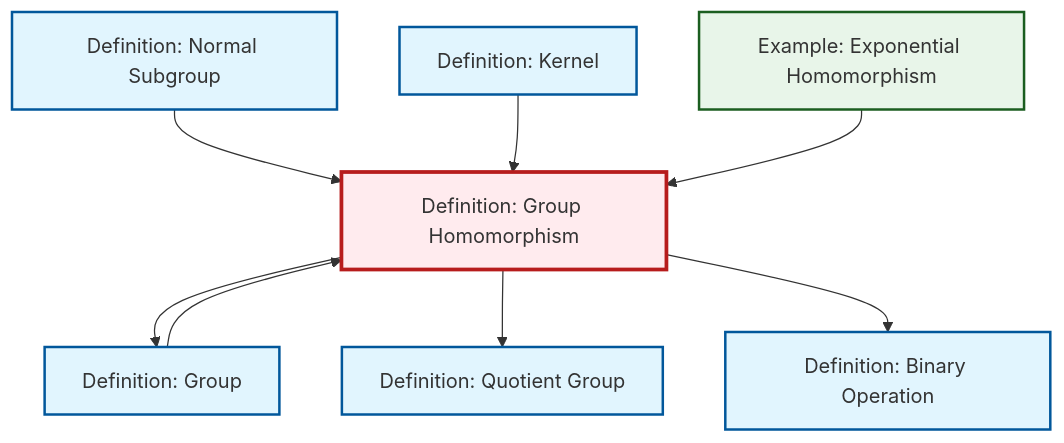
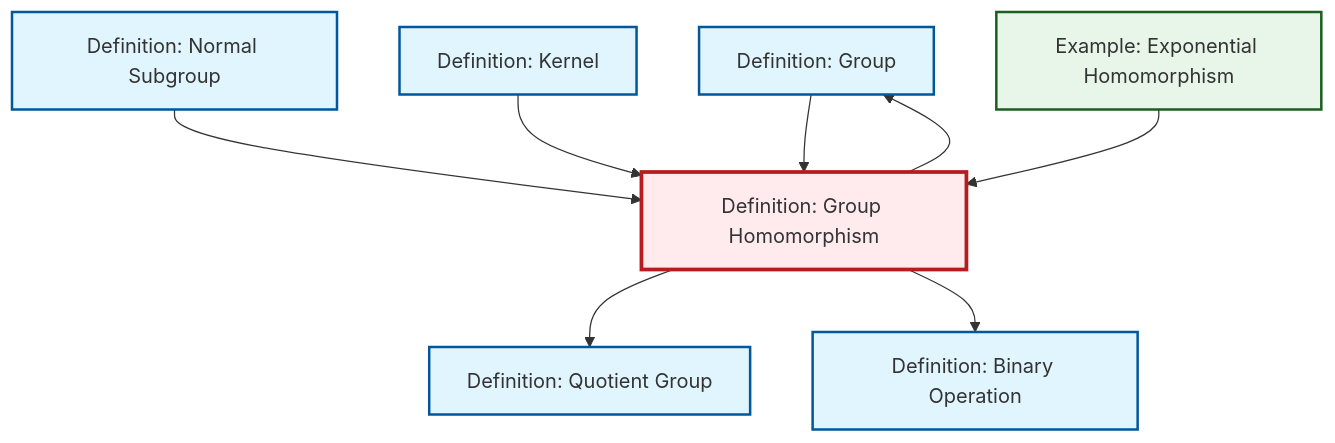
One commit to RK0429/ModernMath changed the diagram in content/en/algebra/def-homomorphism.qmd. Above: the diagram before and after it, drawn with Mermaid. The commit also changed other lines of this file and 434 other files, not shown here.

````diff
--- a/content/en/algebra/def-homomorphism.qmd
+++ b/content/en/algebra/def-homomorphism.qmd
@@ -61,30 +61,30 @@
 ```{mermaid}
 %%| fig-cap: "Local dependency graph"
 graph TD
     classDef definition fill:#e1f5fe,stroke:#01579b,stroke-width:2px
     classDef theorem fill:#f3e5f5,stroke:#4a148c,stroke-width:2px
     classDef axiom fill:#fff3e0,stroke:#e65100,stroke-width:2px
     classDef example fill:#e8f5e9,stroke:#1b5e20,stroke-width:2px
     classDef current fill:#ffebee,stroke:#b71c1c,stroke-width:3px
+    def-group["Definition: Group"]:::definition
+    def-homomorphism["Definition: Group Homomorphism"]:::definition
+    def-binary-operation["Definition: Binary Operation"]:::definition
     def-kernel["Definition: Kernel"]:::definition
-    def-homomorphism["Definition: Group Homomorphism"]:::definition
     def-normal-subgroup["Definition: Normal Subgroup"]:::definition
-    def-binary-operation["Definition: Binary Operation"]:::definition
+    def-quotient-group["Definition: Quotient Group"]:::definition
     ex-exponential-homomorphism["Example: Exponential Homomorphism"]:::example
-    def-quotient-group["Definition: Quotient Group"]:::definition
-    def-group["Definition: Group"]:::definition
     def-normal-subgroup --> def-homomorphism
-    def-homomorphism --> def-group
-    def-kernel --> def-homomorphism
-    ex-exponential-homomorphism --> def-homomorphism
     def-homomorphism --> def-quotient-group
     def-group --> def-homomorphism
+    def-kernel --> def-homomorphism
     def-homomorphism --> def-binary-operation
+    ex-exponential-homomorphism --> def-homomorphism
+    def-homomorphism --> def-group
     class def-homomorphism current
+    click def-group "def-group.html" "Go to Group definition"
+    click def-binary-operation "def-binary-operation.html" "Go to Binary Operation definition"
     click def-kernel "def-kernel.html" "Go to Kernel definition"
     click def-normal-subgroup "def-normal-subgroup.html" "Go to Normal Subgroup definition"
-    click def-binary-operation "def-binary-operation.html" "Go to Binary Operation definition"
+    click def-quotient-group "def-quotient-group.html" "Go to Quotient Group definition"
     click ex-exponential-homomorphism "ex-exponential-homomorphism.html" "Go to Exponential Homomorphism example"
-    click def-quotient-group "def-quotient-group.html" "Go to Quotient Group definition"
-    click def-group "def-group.html" "Go to Group definition"
 ```
````
